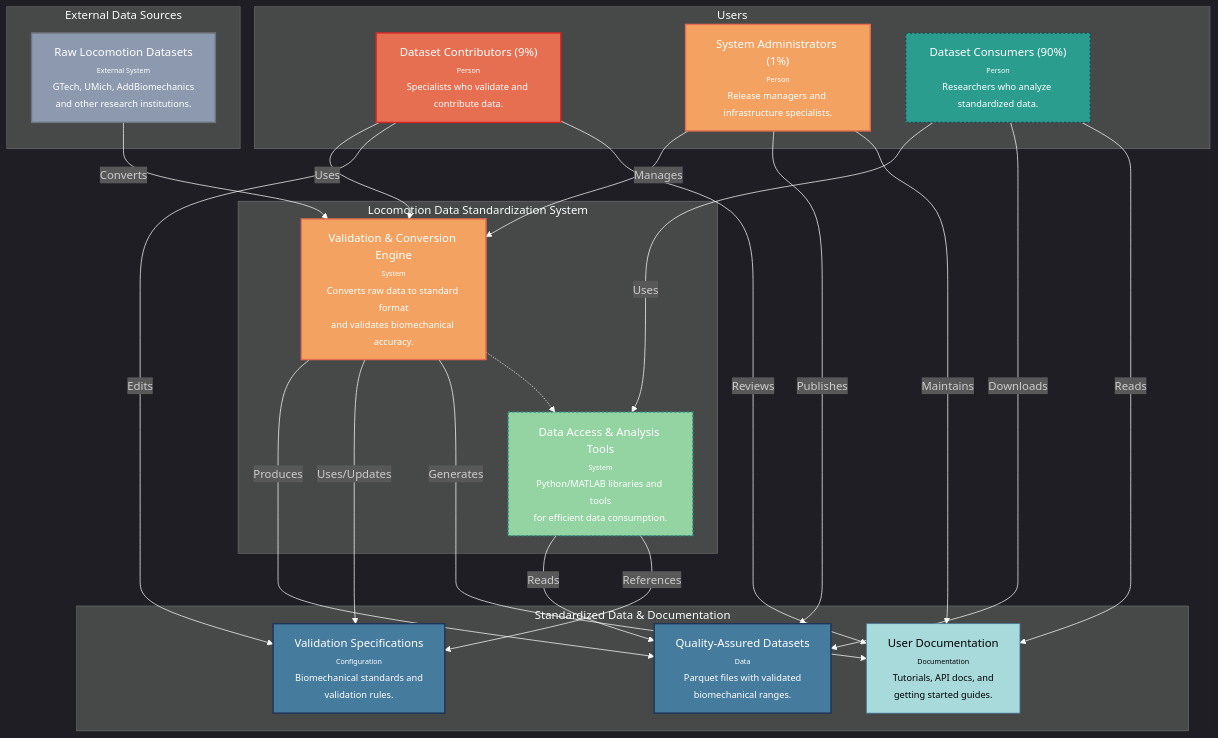
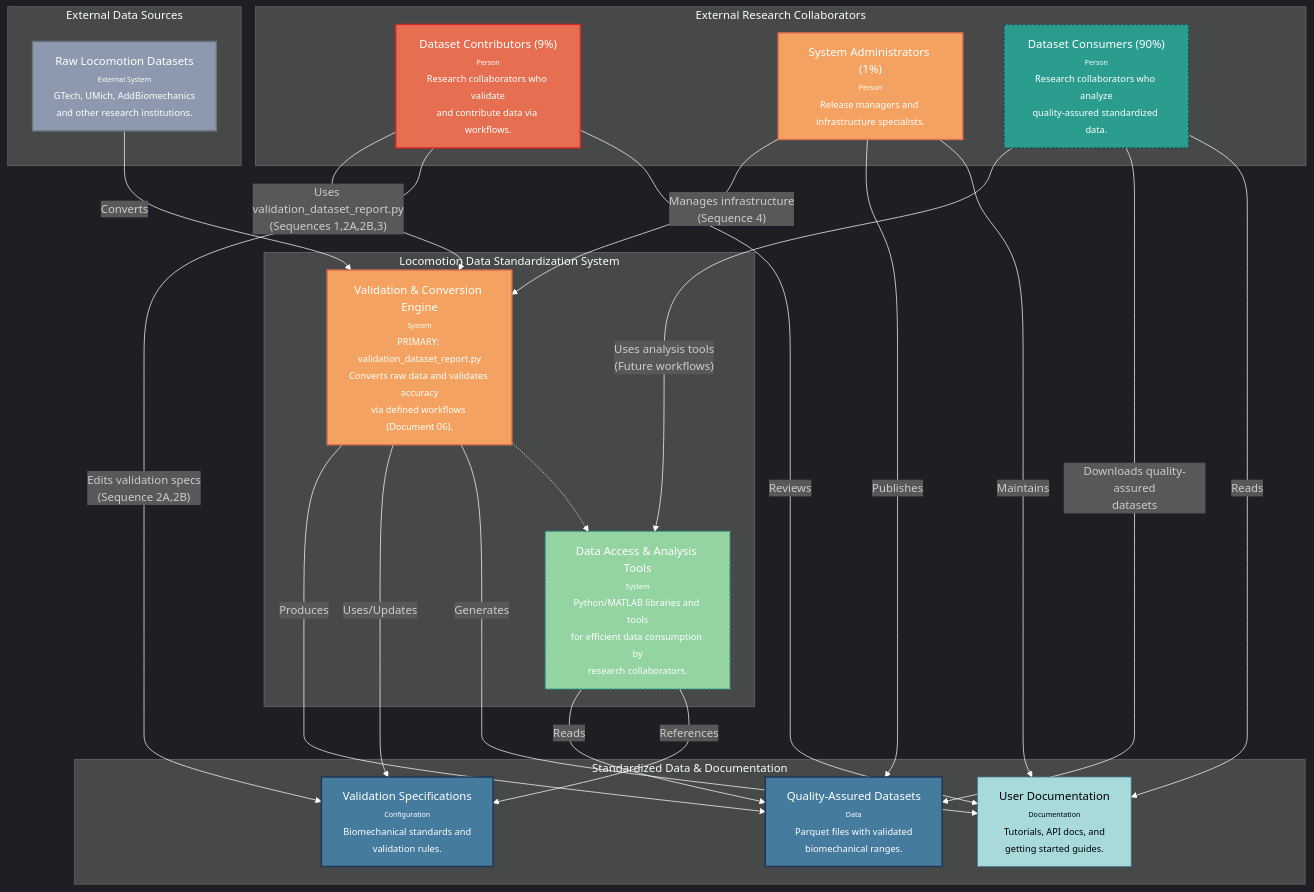
Before and after one commit to jmontp/LocoHub: the seventh of 7 diagrams in docs/software_engineering/11_c4_context.md, drawn with Mermaid. The commit also changed other lines of this file and 19 other files, not shown here.

````diff
--- a/docs/software_engineering/11_c4_context.md
+++ b/docs/software_engineering/11_c4_context.md
@@ -164,68 +242,68 @@
 ```mermaid
 %%{init: {'theme': 'dark'}}%%
 graph TD
-    subgraph "Users"
-        contributors["Dataset Contributors (9%)<br/><font size='-2'>Person</font><br/><font size='-1'>Specialists who validate and contribute data.</font>"]
+    subgraph "External Research Collaborators"
+        contributors["Dataset Contributors (9%)<br/><font size='-2'>Person</font><br/><font size='-1'>Research collaborators who validate<br/>and contribute data via workflows.</font>"]
         admins["System Administrators (1%)<br/><font size='-2'>Person</font><br/><font size='-1'>Release managers and infrastructure specialists.</font>"]
-        consumers["Dataset Consumers (90%)<br/><font size='-2'>Person</font><br/><font size='-1'>Researchers who analyze standardized data.</font>"]
+        consumers["Dataset Consumers (90%)<br/><font size='-2'>Person</font><br/><font size='-1'>Research collaborators who analyze<br/>quality-assured standardized data.</font>"]
     end
 
     subgraph "External Data Sources"
         raw_datasets["Raw Locomotion Datasets<br/><font size='-2'>External System</font><br/><font size='-1'>GTech, UMich, AddBiomechanics<br/>and other research institutions.</font>"]
     end
 
     subgraph "Locomotion Data Standardization System"
-        validation_engine["Validation & Conversion Engine<br/><font size='-2'>System</font><br/><font size='-1'>Converts raw data to standard format<br/>and validates biomechanical accuracy.</font>"]
+        validation_engine["Validation & Conversion Engine<br/><font size='-2'>System</font><br/><font size='-1'>PRIMARY: validation_dataset_report.py<br/>Converts raw data and validates accuracy<br/>via defined workflows (Document 06).</font>"]
         
-        analysis_tools["Data Access & Analysis Tools<br/><font size='-2'>System</font><br/><font size='-1'>Python/MATLAB libraries and tools<br/>for efficient data consumption.</font>"]
+        analysis_tools["Data Access & Analysis Tools<br/><font size='-2'>System</font><br/><font size='-1'>Python/MATLAB libraries and tools<br/>for efficient data consumption by<br/>research collaborators.</font>"]
     end
 
     subgraph "Standardized Data & Documentation"
         datasets["Quality-Assured Datasets<br/><font size='-2'>Data</font><br/><font size='-1'>Parquet files with validated<br/>biomechanical ranges.</font>"]
         
         validation_specs["Validation Specifications<br/><font size='-2'>Configuration</font><br/><font size='-1'>Biomechanical standards and<br/>validation rules.</font>"]
         
         documentation["User Documentation<br/><font size='-2'>Documentation</font><br/><font size='-1'>Tutorials, API docs, and<br/>getting started guides.</font>"]
     end
 
     %% Data Flow
     raw_datasets -- "Converts" --> validation_engine
     validation_engine -- "Produces" --> datasets
     validation_engine -- "Uses/Updates" --> validation_specs
     validation_engine -- "Generates" --> documentation
 
     %% User Interactions - Contributors (Current Focus)
-    contributors -- "Uses" --> validation_engine
-    contributors -- "Edits" --> validation_specs
+    contributors -- "Uses validation_dataset_report.py<br/>(Sequences 1,2A,2B,3)" --> validation_engine
+    contributors -- "Edits validation specs<br/>(Sequence 2A,2B)" --> validation_specs
     contributors -- "Reviews" --> documentation
 
     %% User Interactions - Administrators (Infrastructure Focus)
-    admins -- "Manages" --> validation_engine
+    admins -- "Manages infrastructure<br/>(Sequence 4)" --> validation_engine
     admins -- "Publishes" --> datasets
     admins -- "Maintains" --> documentation
 
     %% User Interactions - Consumers (Future Focus)
-    consumers -- "Uses" --> analysis_tools
-    consumers -- "Downloads" --> datasets
+    consumers -- "Uses analysis tools<br/>(Future workflows)" --> analysis_tools
+    consumers -- "Downloads quality-assured<br/>datasets" --> datasets
     consumers -- "Reads" --> documentation
 
     %% System Integration
     analysis_tools -- "Reads" --> datasets
     analysis_tools -- "References" --> validation_specs
     
     %% Quality Assurance Bridge
     validation_engine -.-> analysis_tools
 
     %% Styling
     style contributors fill:#e76f51,stroke:#d62828,stroke-width:2px,color:#ffffff
     style admins fill:#f4a261,stroke:#e76f51,stroke-width:2px,color:#ffffff
     style consumers fill:#2a9d8f,stroke:#264653,stroke-width:2px,color:#ffffff,stroke-dasharray:3
     style raw_datasets fill:#8d99ae,stroke:#6c757d,stroke-width:2px,color:#ffffff
     style validation_engine fill:#f4a261,stroke:#e76f51,stroke-width:2px,color:#ffffff
     style analysis_tools fill:#94d3a2,stroke:#2a9d8f,stroke-width:2px,color:#ffffff,stroke-dasharray:3
     style datasets fill:#457b9d,stroke:#1d3557,stroke-width:2px,color:#ffffff
     style validation_specs fill:#457b9d,stroke:#1d3557,stroke-width:2px,color:#ffffff
     style documentation fill:#a8dadc,stroke:#457b9d,stroke-width:1px,color:#000000
     
     linkStyle default stroke:white
 ```
````
